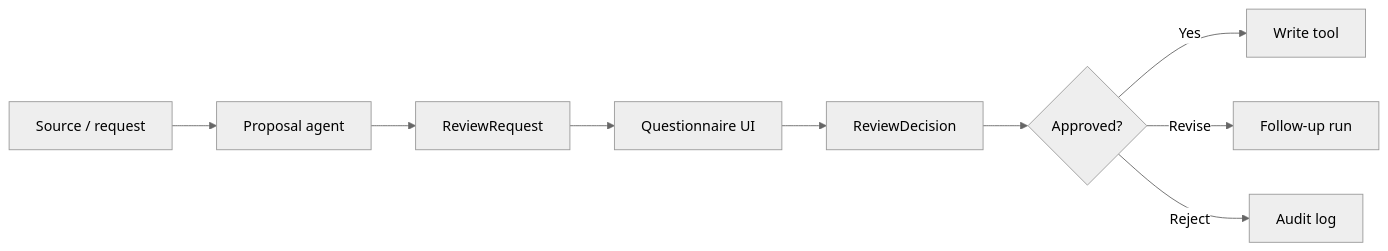
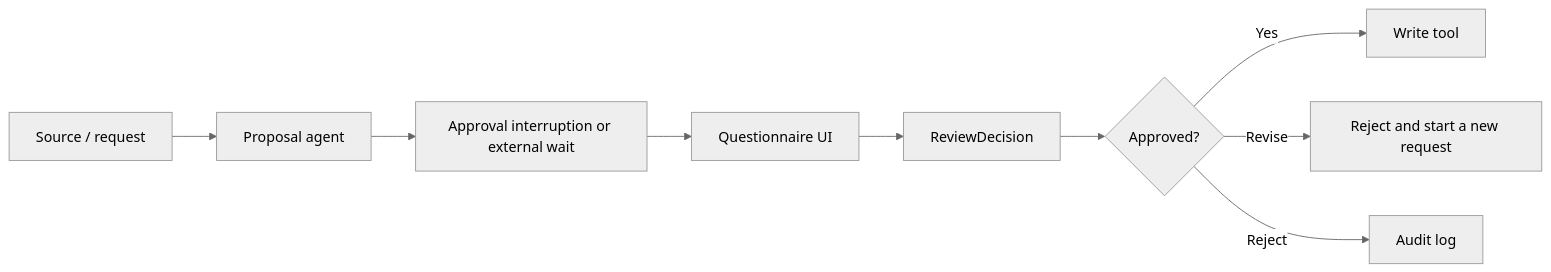
Before and after one commit to puristajs/harness: the third of 4 diagrams in docs/guides/common-scenarios.md, drawn with Mermaid (neutral theme). The commit also changed other lines of this file and 133 other files, not shown here.

````diff
--- a/docs/guides/common-scenarios.md
+++ b/docs/guides/common-scenarios.md
@@ -106,11 +106,11 @@
 ```mermaid
 flowchart LR
   Source["Source / request"] --> Agent["Proposal agent"]
-  Agent --> Review["ReviewRequest"]
+  Agent --> Review["Approval interruption or external wait"]
   Review --> UI["Questionnaire UI"]
   UI --> Decision["ReviewDecision"]
   Decision --> Apply{"Approved?"}
   Apply -- "Yes" --> Write["Write tool"]
-  Apply -- "Revise" --> Followup["Follow-up run"]
+  Apply -- "Revise" --> Followup["Reject and start a new request"]
   Apply -- "Reject" --> Log["Audit log"]
 ```
````
